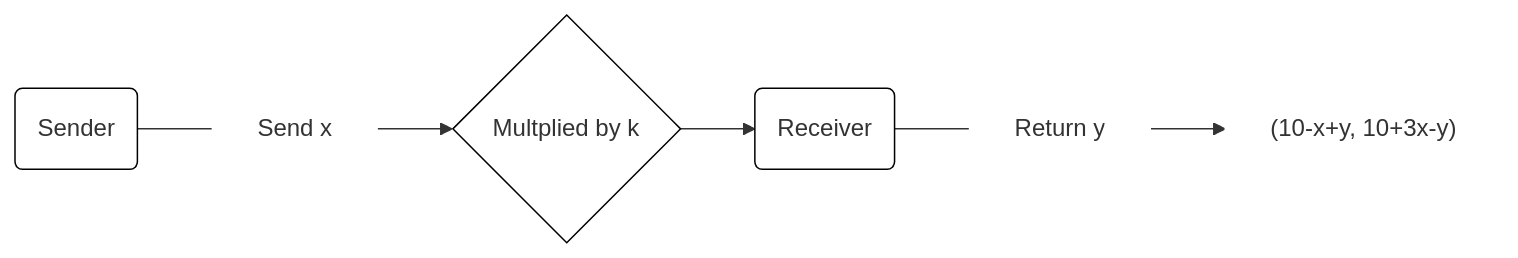
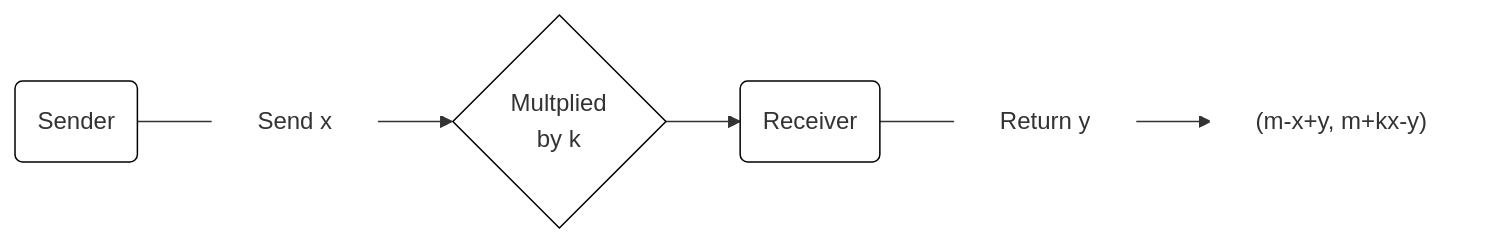
Before and after one commit to jasonacollins/behaviouraleconomics: the fourth of 5 diagrams in social-preferences/reciprocity.qmd, drawn with Mermaid. The commit also changed other lines of this file and 98 other files, not shown here.

````diff
--- a/social-preferences/reciprocity.qmd
+++ b/social-preferences/reciprocity.qmd
@@ -94,21 +123,21 @@
 ```{mermaid}
 %%| fig-width: 5
 %%| label: fig-trust-game-3
 %%| fig-cap: The trust game
 %%| mermaid-format: png
 
 graph LR
     classDef default fill:#FFF
-    A(Sender) ---B[Send x] --> C{Multplied by k} --> D(Receiver)
-    D ---G[Return y] --> H["(10-x+y, 10+3x-y)"]
+    A(Sender) ---B[Send x] --> C{Multplied <br> by k} --> D(Receiver)
+    D ---G[Return y] --> H["(m-x+y, m+kx-y)"]
 
     classDef node fill:#FFF, stroke:#000;
     class A,D node;
 
     classDef edge fill:#FFF, stroke:#FFF;
     class B,G edge;
 
     classDef payoff fill:#FFF, stroke:#FFF;
     class H payoff;
 
 ```
````
